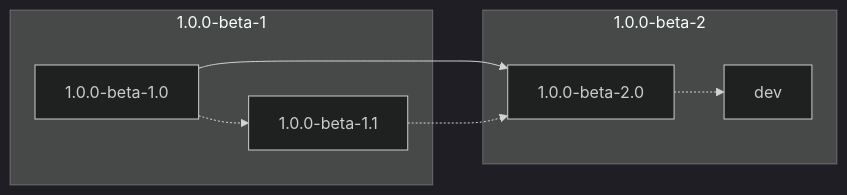
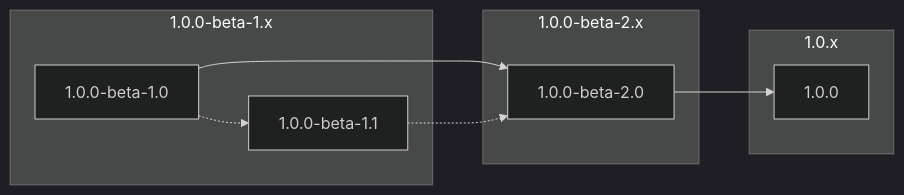
Before and after one commit to yusancky/yusancky_2022_summer_homework: the diagram in README.md, drawn with Mermaid (dark theme). The commit also changed other lines of this file, not shown here.

````diff
--- a/README.md
+++ b/README.md
@@ -7,11 +7,18 @@
 ```mermaid
 graph LR;
-    subgraph 1.0.0-beta-1
     1.0.0-beta-1.0-.->1.0.0-beta-1.1;
-    end
     1.0.0-beta-1.0-->1.0.0-beta-2.0;
     1.0.0-beta-1.1-.->1.0.0-beta-2.0;
-    subgraph 1.0.0-beta-2
-    1.0.0-beta-2.0-.->dev;
+    1.0.0-beta-2.0-->1.0.0;
+    
+    subgraph 1.0.0-beta-1.x
+    1.0.0-beta-1.0;
+    1.0.0-beta-1.1;
+    end
+    subgraph 1.0.0-beta-2.x
+    1.0.0-beta-2.0;
+    end
+    subgraph 1.0.x
+    1.0.0;
     end
 ```
````
